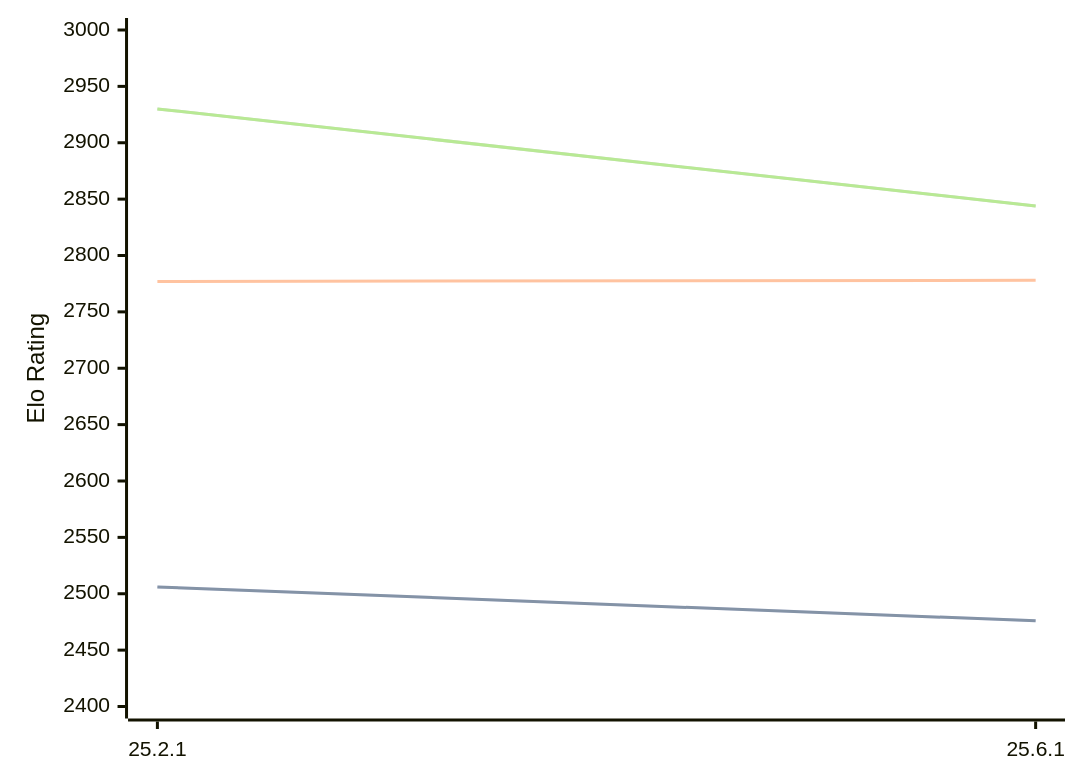
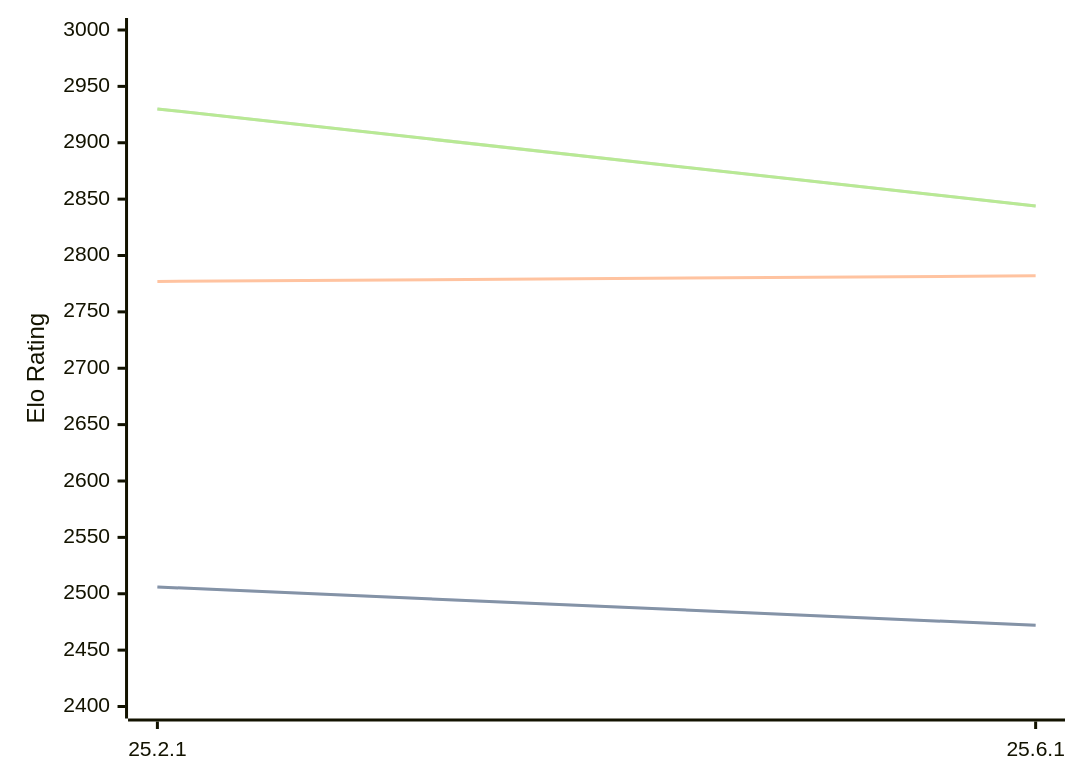
Before and after one commit to computer-chess-index/cci: the diagram in engines/Crafty.md, drawn with Mermaid. The commit also changed other lines of this file, not shown here.

````diff
--- a/engines/Crafty.md
+++ b/engines/Crafty.md
@@ -32,11 +32,11 @@
 ```mermaid
 %%{init: {"theme":"base","themeVariables":{"seriesColors:['#a3a3a3','#222221','#faa371']}}}%%
 xychart-beta
   x-axis ["25.2.1", "25.6.1"]
   y-axis "Elo Rating" 2400 --> 3000
-  line "STC (8.0+0.08s)" [2506, 2476]
-  line "STC (8.0+0.08s)" [2506, 2476]
-  line "LTC (60.0+0.60s)" [2777, 2778]
+  line "STC (8.0+0.08s)" [2506, 2472]
+  line "STC (8.0+0.08s)" [2506, 2472]
+  line "LTC (60.0+0.60s)" [2777, 2782]
   line "VLTC (2m24s+1.12s)" [2930, 2844]
   line "VLTC (2m24s+1.12s)" [2930, 2844]
 ```
````
